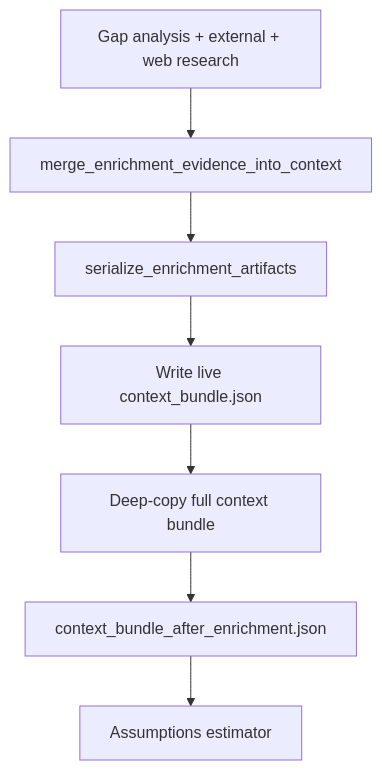
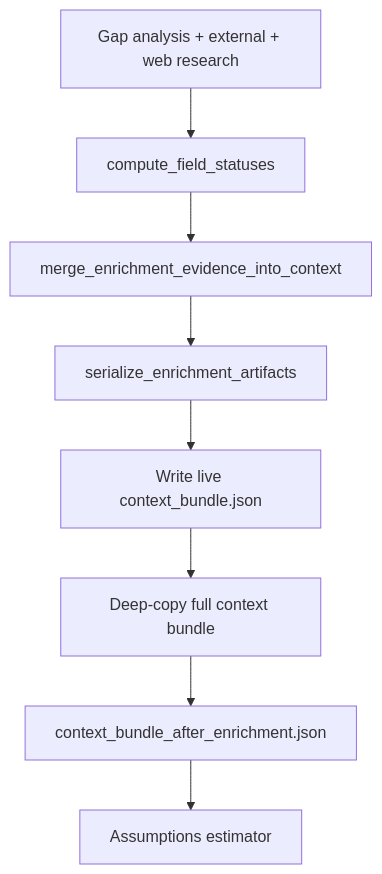
The diagram in docs/pipeline/09_enrichment-context-handoff.md (Open-Earth-Foundation/Query_mechanism_urbind), drawn with Mermaid before and after one commit. The commit also changed other lines of this file and 7 other files, not shown here.

````diff
--- a/docs/pipeline/09_enrichment-context-handoff.md
+++ b/docs/pipeline/09_enrichment-context-handoff.md
@@ -13,9 +18,10 @@
 ```mermaid
 flowchart TD
-    A[Gap analysis + external + web research] --> B[merge_enrichment_evidence_into_context]
-    B --> C[serialize_enrichment_artifacts]
-    C --> D[Write live context_bundle.json]
+    A[Gap analysis + external + web research] --> B[compute_field_statuses]
+    B --> C[merge_enrichment_evidence_into_context]
+    C --> H[serialize_enrichment_artifacts]
+    H --> D[Write live context_bundle.json]
     D --> E[Deep-copy full context bundle]
     E --> F[context_bundle_after_enrichment.json]
     F --> G[Assumptions estimator]
 ```
````
